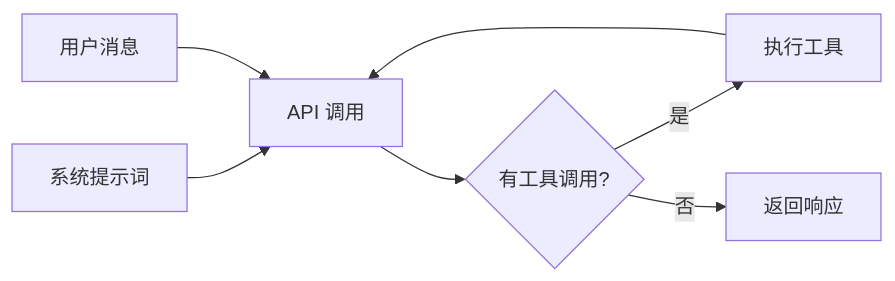
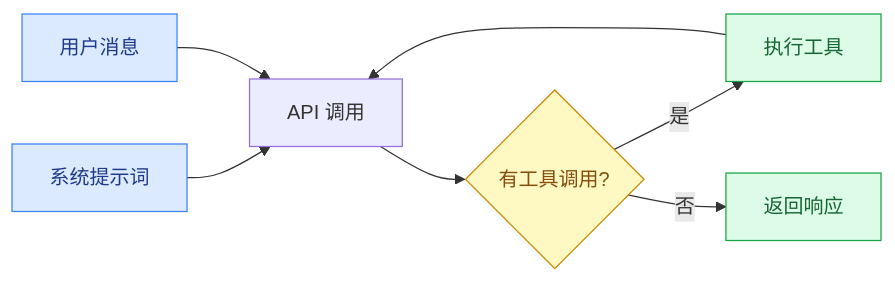
The first of 5 diagrams in chapters/build-your-own.rst (pty819/hermes-docs), drawn with Mermaid before and after one commit. The commit also changed other lines of this file and 27 other files, not shown here.

```diff
--- a/chapters/build-your-own.rst
+++ b/chapters/build-your-own.rst
@@ -20,9 +20,19 @@
 .. mermaid::
+   :name: mva-core-loop
+   :caption: 最小可行 Agent 核心循环
 
-   graph LR
+   flowchart LR
        A["系统提示词"] --> B["API 调用"]
        C["用户消息"] --> B
        B --> D{"有工具调用?"}
        D -->|是| E["执行工具"]
        E --> B
        D -->|否| F["返回响应"]
+
+       classDef start fill:#dbeafe,stroke:#3b82f6,color:#1e3a8a
+       classDef warn fill:#fef9c3,stroke:#ca8a04,color:#854d0e
+       classDef success fill:#dcfce7,stroke:#16a34a,color:#166534
+       class A,C start
+       class D warn
+       class E success
+       class F success
```
